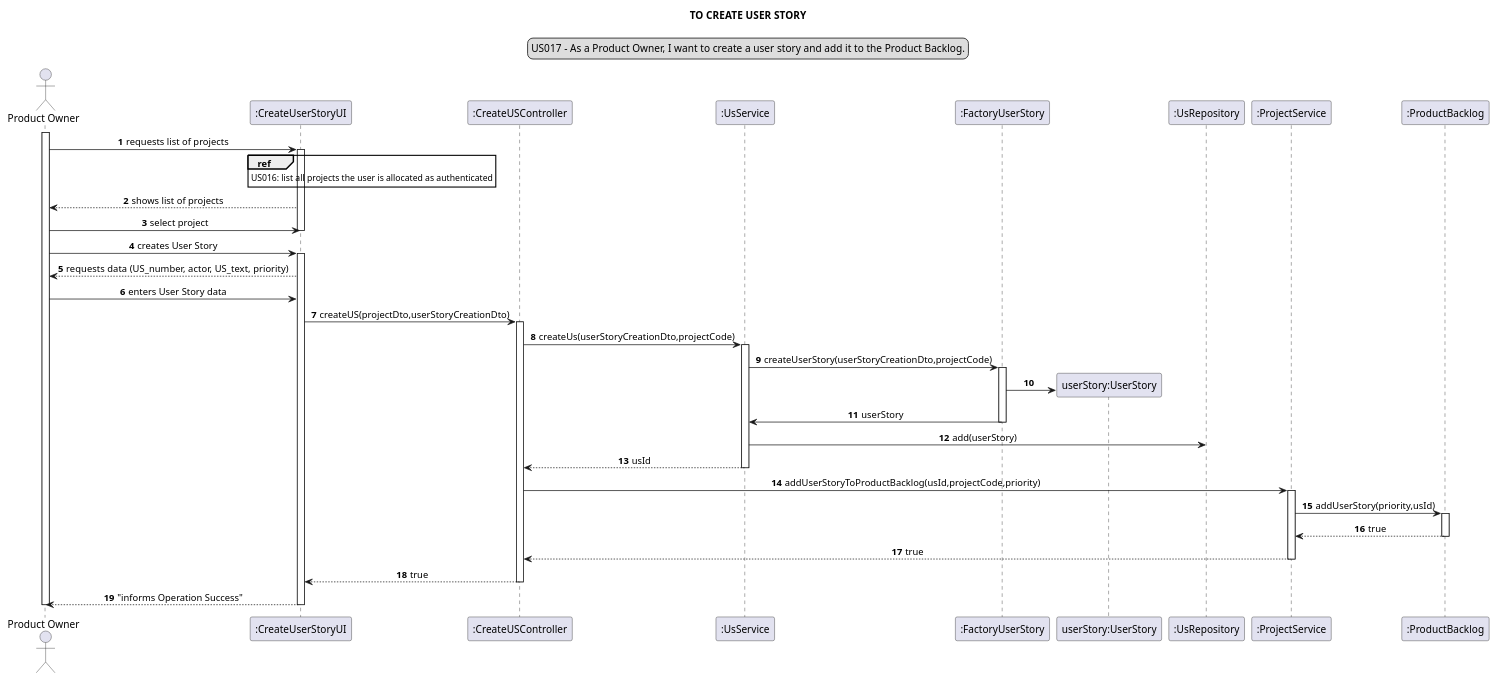
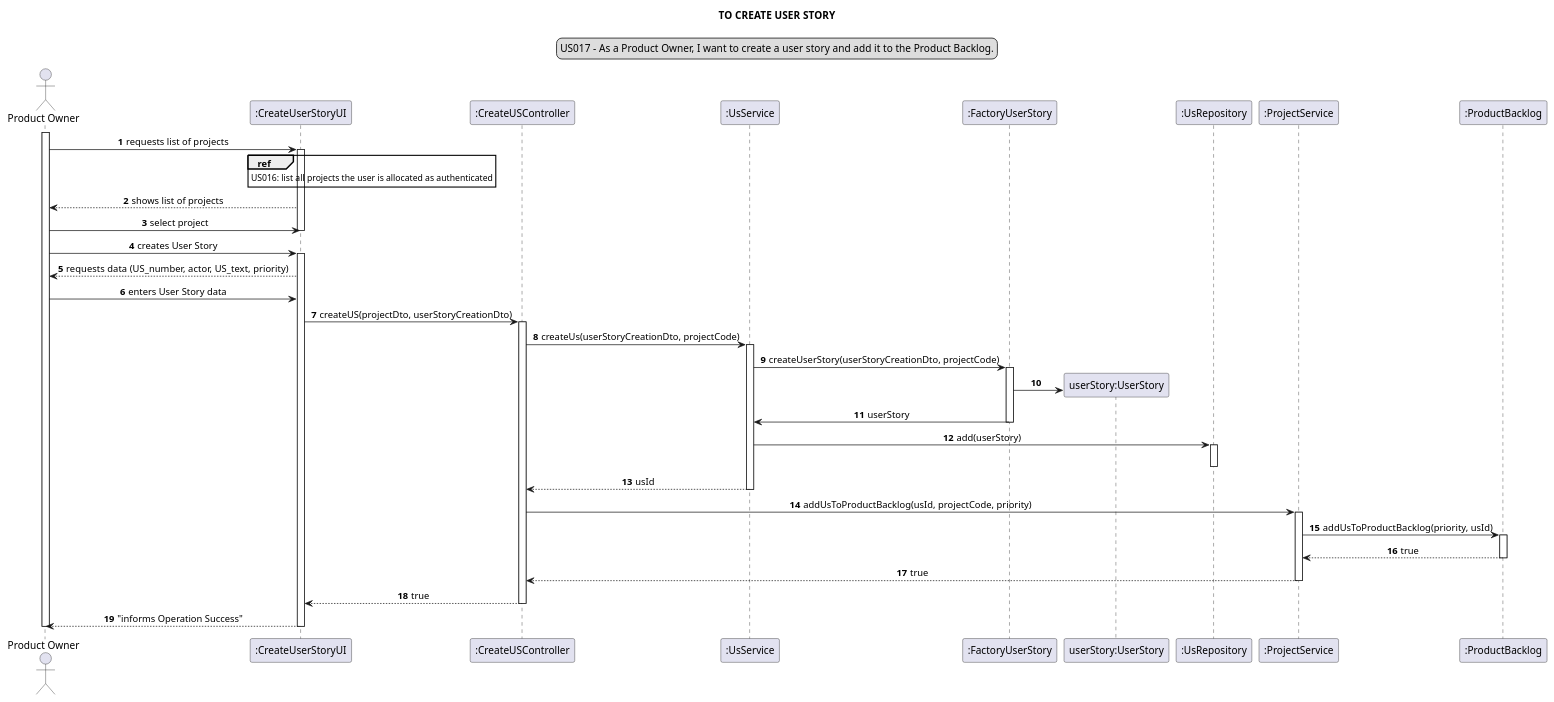
Before and after one commit to Loracline/project_switch_22-23: the diagram in docs/modelling_design/user_stories/sprint03/us017/US017_sequenceDiagram.puml, drawn with PlantUML. The commit also changed 3 other files, not shown here.

Commit message:
US017-US018: Design: Updated sequence and class diagrams of US017 and US018, closes #235

```diff
--- a/docs/modelling_design/user_stories/sprint03/us017/US017_sequenceDiagram.puml
+++ b/docs/modelling_design/user_stories/sprint03/us017/US017_sequenceDiagram.puml
@@ -1,58 +1,60 @@
 @startuml
 skinparam sequenceMessageAlign center
 title TO CREATE USER STORY
 legend top
 US017 - As a Product Owner, I want to create a user story and add it to the Product Backlog.
 end legend
 autonumber
 actor "Product Owner" as product
 participant ":CreateUserStoryUI" as ui
 participant ":CreateUSController" as controller
 participant ":UsService" as service
 participant ":FactoryUserStory" as factory
 participant "userStory:UserStory" as userStory
 participant ":UsRepository" as usrep
 participant ":ProjectService" as pservice
 participant ":ProductBacklog" as pbacklog
 
 
 
 activate product
 product -> ui : requests list of projects
 activate ui
 ref over ui: US016: list all projects the user is allocated as authenticated
 ui --> product: shows list of projects
 product -> ui : select project
 deactivate ui
 product -> ui : creates User Story
 activate ui
 ui --> product: requests data (US_number, actor, US_text, priority)
 product -> ui: enters User Story data
-ui -> controller: createUS(projectDto,userStoryCreationDto)
+ui -> controller: createUS(projectDto, userStoryCreationDto)
 activate controller
-controller -> service:createUs(userStoryCreationDto,projectCode)
+controller -> service:createUs(userStoryCreationDto, projectCode)
 activate service
 
-service -> factory: createUserStory(userStoryCreationDto,projectCode)
+service -> factory: createUserStory(userStoryCreationDto, projectCode)
 activate factory
 create userStory
 factory -> userStory
 factory -> service: userStory
 deactivate factory
 service -> usrep: add(userStory)
+activate usrep
+deactivate usrep
 service --> controller: usId
 deactivate service
-controller -> pservice: addUserStoryToProductBacklog(usId,projectCode,priority)
+controller -> pservice: addUsToProductBacklog(usId, projectCode, priority)
 activate pservice
-pservice -> pbacklog : addUserStory(priority,usId)
+pservice -> pbacklog : addUsToProductBacklog(priority, usId)
 activate pbacklog
 pbacklog --> pservice : true
 deactivate pbacklog
 pservice --> controller : true
 deactivate pservice
 controller --> ui: true
 deactivate controller
 ui --> product: "informs Operation Success"
 deactivate ui
 deactivate product
 @enduml
```
